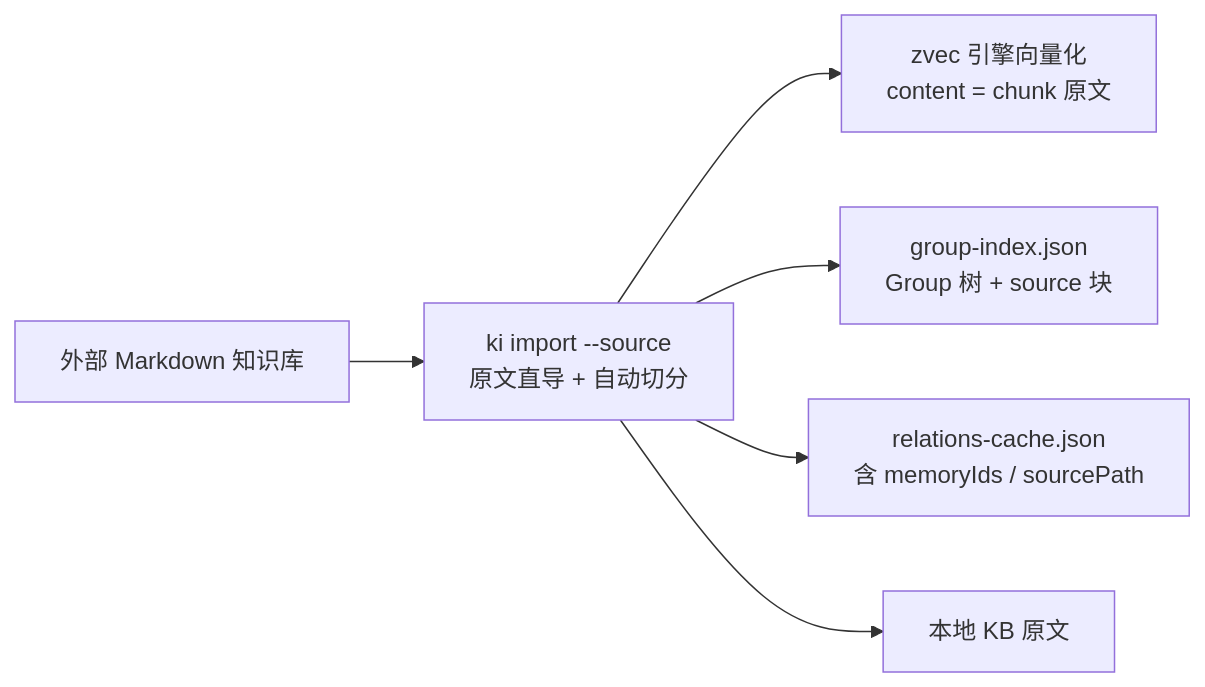
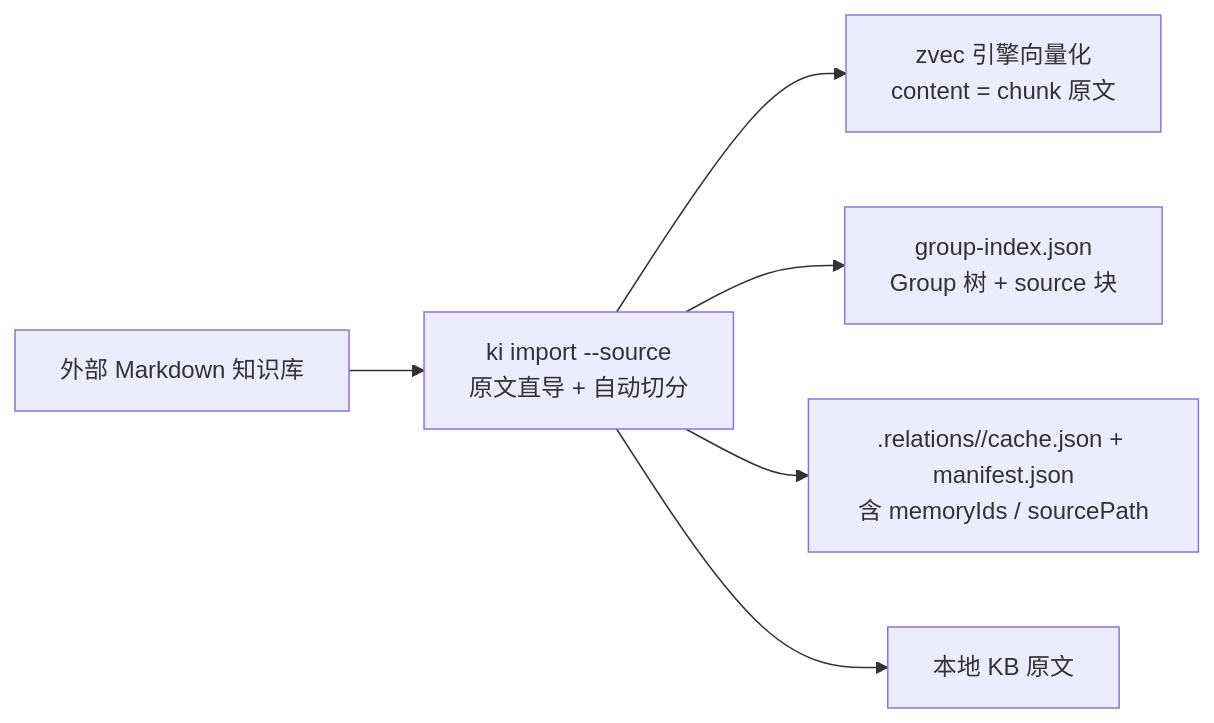
One commit to HACK-WU/kisearch changed the fourth of 5 diagrams in docs/architecture.md. Above: the diagram before and after it, drawn with Mermaid. The commit also changed other lines of this file and 59 other files, not shown here.

````diff
--- a/docs/architecture.md
+++ b/docs/architecture.md
@@ -136,8 +157,8 @@
 ```mermaid
 flowchart LR
     EXT[外部 Markdown 知识库] --> IMP[ki import --source<br/>原文直导 + 自动切分]
     IMP --> VEC[zvec 引擎向量化<br/>content = chunk 原文]
     IMP --> GI2[group-index.json<br/>Group 树 + source 块]
-    IMP --> RC2[relations-cache.json<br/>含 memoryIds / sourcePath]
+    IMP --> RC2[.relations/<groupPath>/cache.json + manifest.json<br/>含 memoryIds / sourcePath]
     IMP --> KB2[本地 KB 原文]
 ```
````
